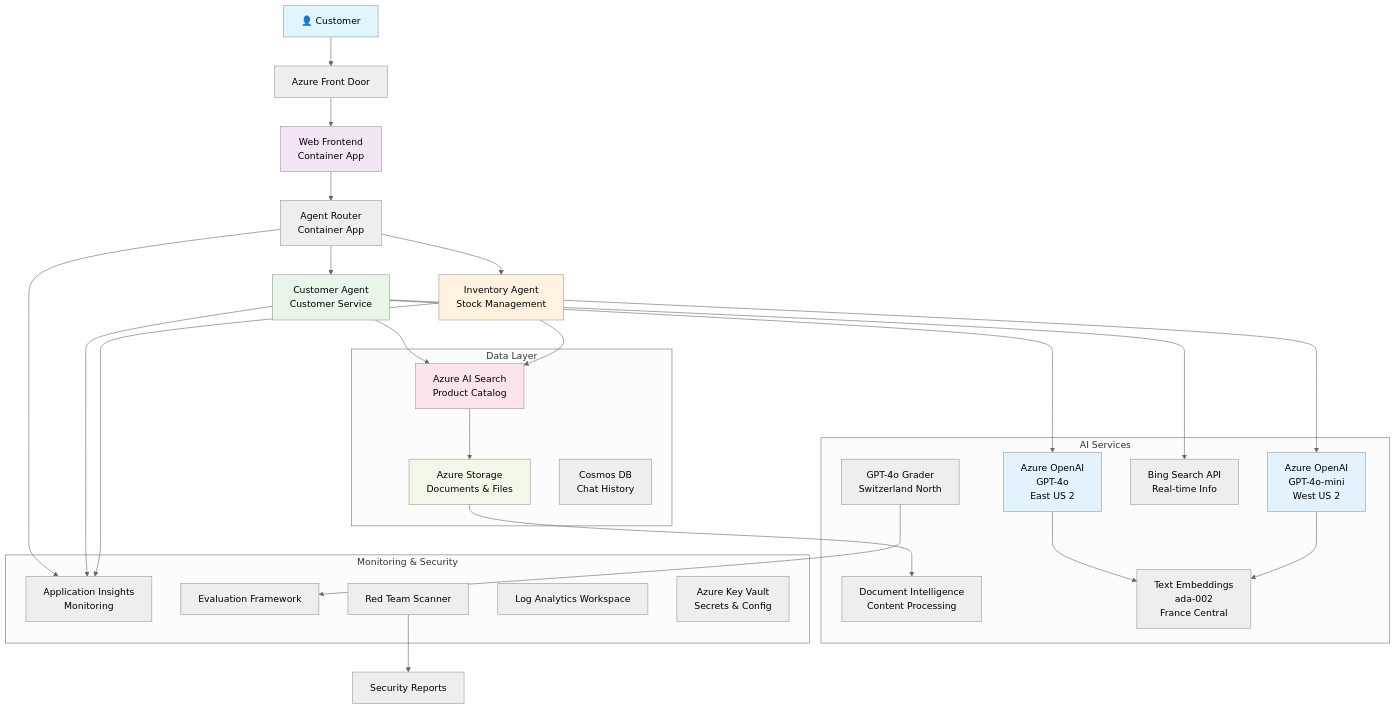
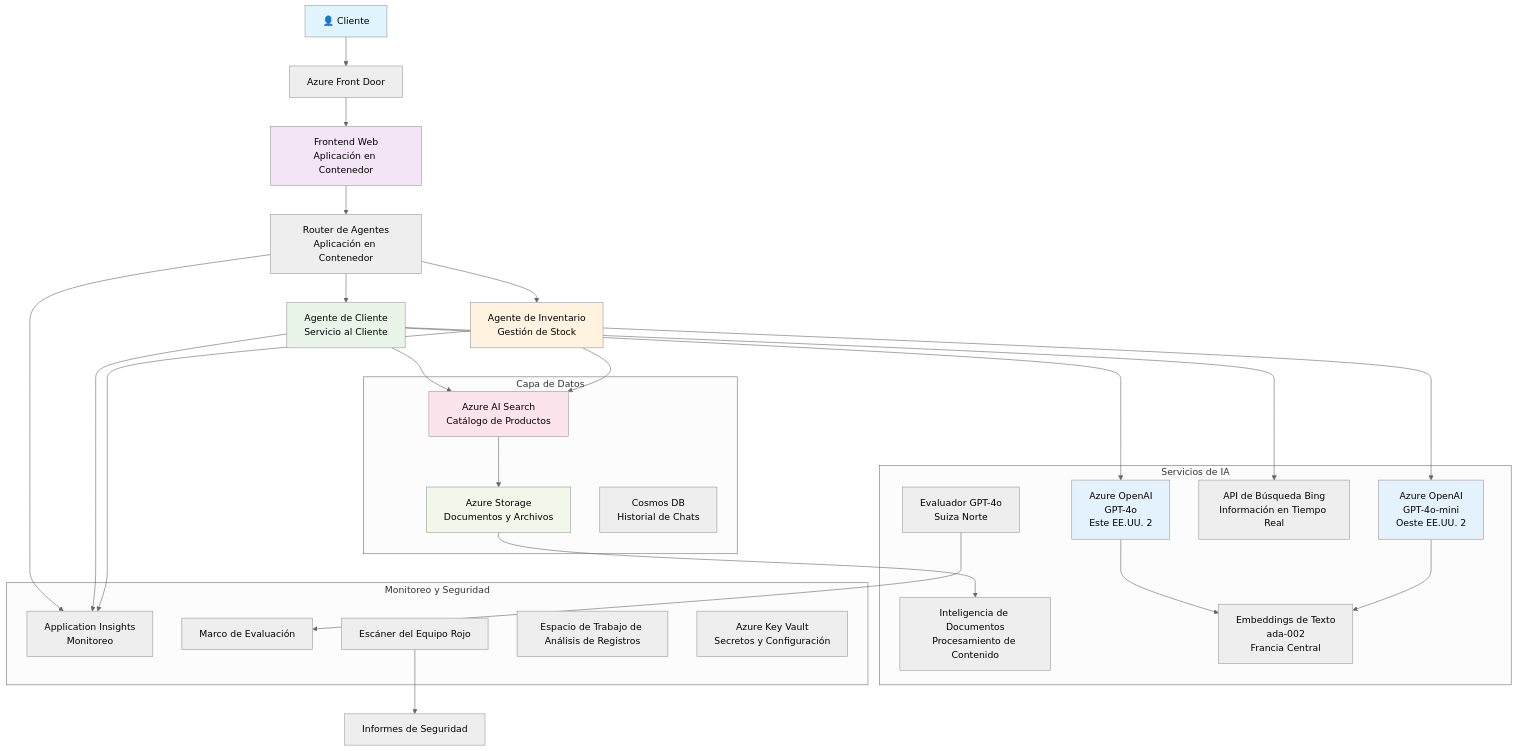
One commit to microsoft/AZD-for-beginners changed the diagram in translations/es/examples/retail-scenario.md. Above: the diagram before and after it, drawn with Mermaid (neutral theme). The commit also changed other lines of this file and 128 other files, not shown here.

````diff
--- a/translations/es/examples/retail-scenario.md
+++ b/translations/es/examples/retail-scenario.md
@@ -36,61 +148,61 @@
 ```mermaid
 graph TB
-    User[👤 Customer] --> LB[Azure Front Door]
-    LB --> WebApp[Web Frontend<br/>Container App]
+    User[👤 Cliente] --> LB[Azure Front Door]
+    LB --> WebApp[Frontend Web<br/>Aplicación en Contenedor]
     
-    WebApp --> Router[Agent Router<br/>Container App]
-    Router --> CustomerAgent[Customer Agent<br/>Customer Service]
-    Router --> InvAgent[Inventory Agent<br/>Stock Management]
+    WebApp --> Router[Router de Agentes<br/>Aplicación en Contenedor]
+    Router --> CustomerAgent[Agente de Cliente<br/>Servicio al Cliente]
+    Router --> InvAgent[Agente de Inventario<br/>Gestión de Stock]
     
-    CustomerAgent --> OpenAI1[Azure OpenAI<br/>GPT-4o<br/>East US 2]
-    InvAgent --> OpenAI2[Azure OpenAI<br/>GPT-4o-mini<br/>West US 2]
+    CustomerAgent --> OpenAI1[Azure OpenAI<br/>GPT-4o<br/>Este EE.UU. 2]
+    InvAgent --> OpenAI2[Azure OpenAI<br/>GPT-4o-mini<br/>Oeste EE.UU. 2]
     
-    CustomerAgent --> AISearch[Azure AI Search<br/>Product Catalog]
-    CustomerAgent --> BingSearch[Bing Search API<br/>Real-time Info]
+    CustomerAgent --> AISearch[Azure AI Search<br/>Catálogo de Productos]
+    CustomerAgent --> BingSearch[API de Búsqueda Bing<br/>Información en Tiempo Real]
     InvAgent --> AISearch
     
-    AISearch --> Storage[Azure Storage<br/>Documents & Files]
-    Storage --> DocIntel[Document Intelligence<br/>Content Processing]
+    AISearch --> Storage[Azure Storage<br/>Documentos y Archivos]
+    Storage --> DocIntel[Inteligencia de Documentos<br/>Procesamiento de Contenido]
     
-    OpenAI1 --> Embeddings[Text Embeddings<br/>ada-002<br/>France Central]
+    OpenAI1 --> Embeddings[Embeddings de Texto<br/>ada-002<br/>Francia Central]
     OpenAI2 --> Embeddings
     
-    Router --> AppInsights[Application Insights<br/>Monitoring]
+    Router --> AppInsights[Application Insights<br/>Monitoreo]
     CustomerAgent --> AppInsights
     InvAgent --> AppInsights
     
-    GraderModel[GPT-4o Grader<br/>Switzerland North] --> Evaluation[Evaluation Framework]
-    RedTeam[Red Team Scanner] --> SecurityReports[Security Reports]
+    GraderModel[Evaluador GPT-4o<br/>Suiza Norte] --> Evaluation[Marco de Evaluación]
+    RedTeam[Escáner del Equipo Rojo] --> SecurityReports[Informes de Seguridad]
     
-    subgraph "Data Layer"
+    subgraph "Capa de Datos"
         Storage
         AISearch
-        CosmosDB[Cosmos DB<br/>Chat History]
+        CosmosDB[Cosmos DB<br/>Historial de Chats]
     end
     
-    subgraph "AI Services"
+    subgraph "Servicios de IA"
         OpenAI1
         OpenAI2
         Embeddings
         GraderModel
         DocIntel
         BingSearch
     end
     
-    subgraph "Monitoring & Security"
+    subgraph "Monitoreo y Seguridad"
         AppInsights
-        LogAnalytics[Log Analytics Workspace]
-        KeyVault[Azure Key Vault<br/>Secrets & Config]
+        LogAnalytics[Espacio de Trabajo de Análisis de Registros]
+        KeyVault[Azure Key Vault<br/>Secretos y Configuración]
         RedTeam
         Evaluation
     end
     
     style User fill:#e1f5fe
     style WebApp fill:#f3e5f5
     style CustomerAgent fill:#e8f5e8
     style InvAgent fill:#fff3e0
     style OpenAI1 fill:#e3f2fd
     style OpenAI2 fill:#e3f2fd
     style AISearch fill:#fce4ec
     style Storage fill:#f1f8e9
 ```
````
